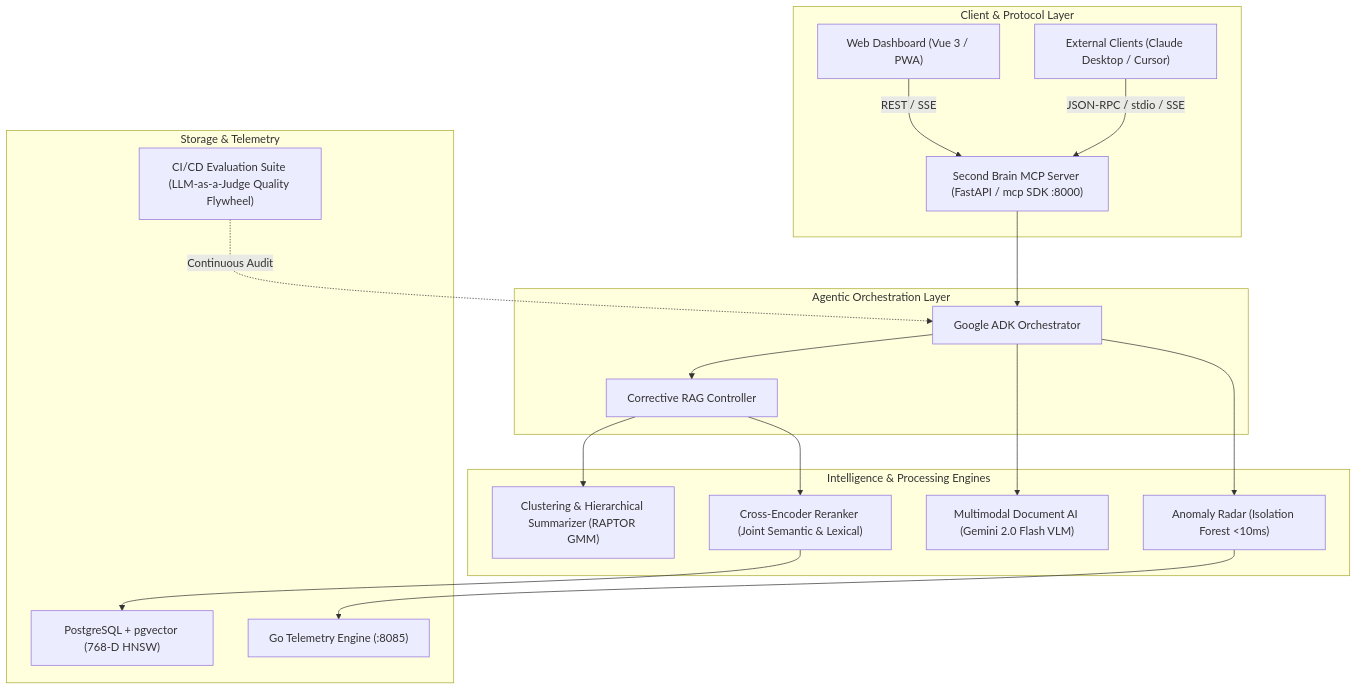
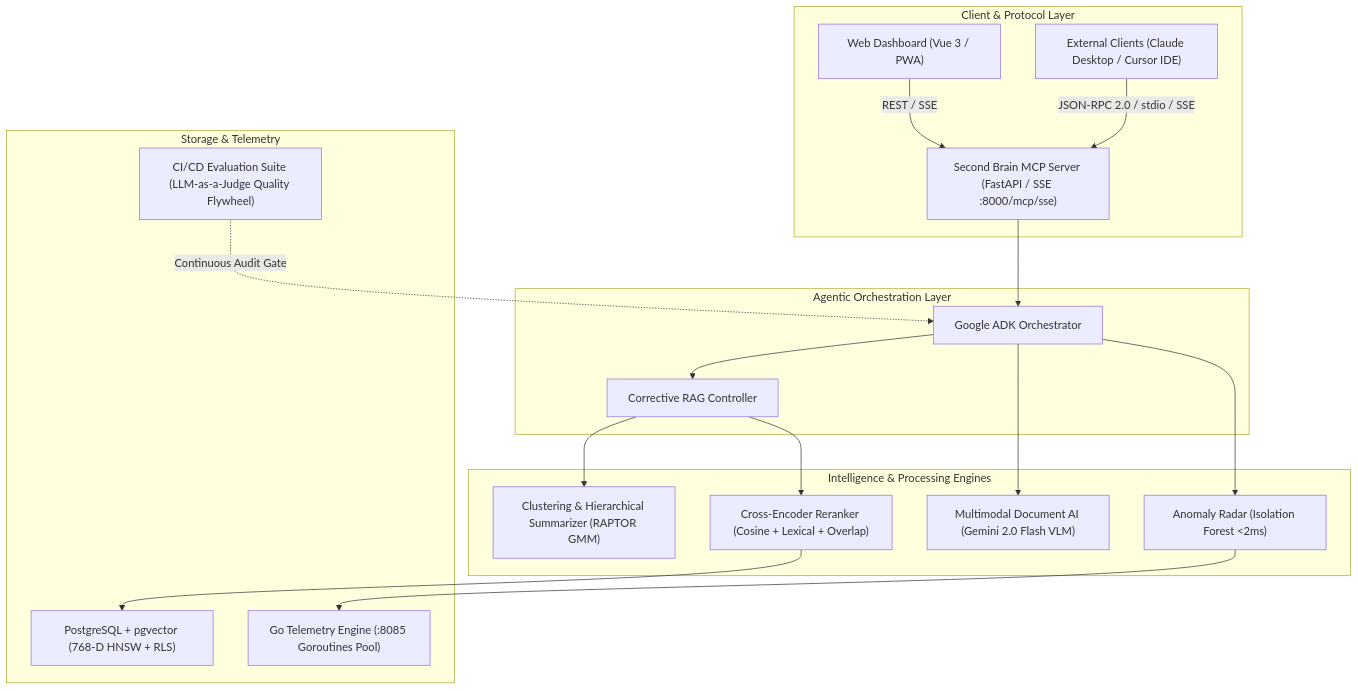
Before and after one commit to fransalwan/second-brain-agent: the diagram in README.md, drawn with Mermaid. The commit also changed other lines of this file and 1 other file, not shown here.

Commit message:
docs: update README and PDF generator script with core AI Engineer features, Next-Gen CRAG, MCP architecture, and updated demo cheatsheet

````diff
--- a/README.md
+++ b/README.md
@@ -342,38 +27,38 @@
 ```mermaid
 flowchart TD
     subgraph Client & Protocol Layer
         UI["Web Dashboard (Vue 3 / PWA)"]
-        ExtClient["External Clients (Claude Desktop / Cursor)"]
-        MCPServer["Second Brain MCP Server (FastAPI / mcp SDK :8000)"]
+        ExtClient["External Clients (Claude Desktop / Cursor IDE)"]
+        MCPServer["Second Brain MCP Server (FastAPI / SSE :8000/mcp/sse)"]
         UI -->|REST / SSE| MCPServer
-        ExtClient -->|JSON-RPC / stdio / SSE| MCPServer
+        ExtClient -->|JSON-RPC 2.0 / stdio / SSE| MCPServer
     end
 
     subgraph Agentic Orchestration Layer
         ADKAgent["Google ADK Orchestrator"]
         MCPServer --> ADKAgent
         CRAG["Corrective RAG Controller"]
         ADKAgent --> CRAG
     end
 
     subgraph Intelligence & Processing Engines
         RAPTOR["Clustering & Hierarchical Summarizer (RAPTOR GMM)"]
         VLM["Multimodal Document AI (Gemini 2.0 Flash VLM)"]
-        ClassicalML["Anomaly Radar (Isolation Forest <10ms)"]
-        Reranker["Cross-Encoder Reranker (Joint Semantic & Lexical)"]
+        ClassicalML["Anomaly Radar (Isolation Forest <2ms)"]
+        Reranker["Cross-Encoder Reranker (Cosine + Lexical + Overlap)"]
     end
 
     subgraph Storage & Telemetry
-        PG["PostgreSQL + pgvector (768-D HNSW)"]
-        Telemetry["Go Telemetry Engine (:8085)"]
+        PG["PostgreSQL + pgvector (768-D HNSW + RLS)"]
+        Telemetry["Go Telemetry Engine (:8085 Goroutines Pool)"]
         EvalSuite["CI/CD Evaluation Suite (LLM-as-a-Judge Quality Flywheel)"]
     end
 
     CRAG --> RAPTOR
     CRAG --> Reranker
     Reranker --> PG
     ADKAgent --> VLM
     ADKAgent --> ClassicalML
     ClassicalML --> Telemetry
-    EvalSuite -.->|Continuous Audit| ADKAgent
+    EvalSuite -.->|Continuous Audit Gate| ADKAgent
 ```
````
